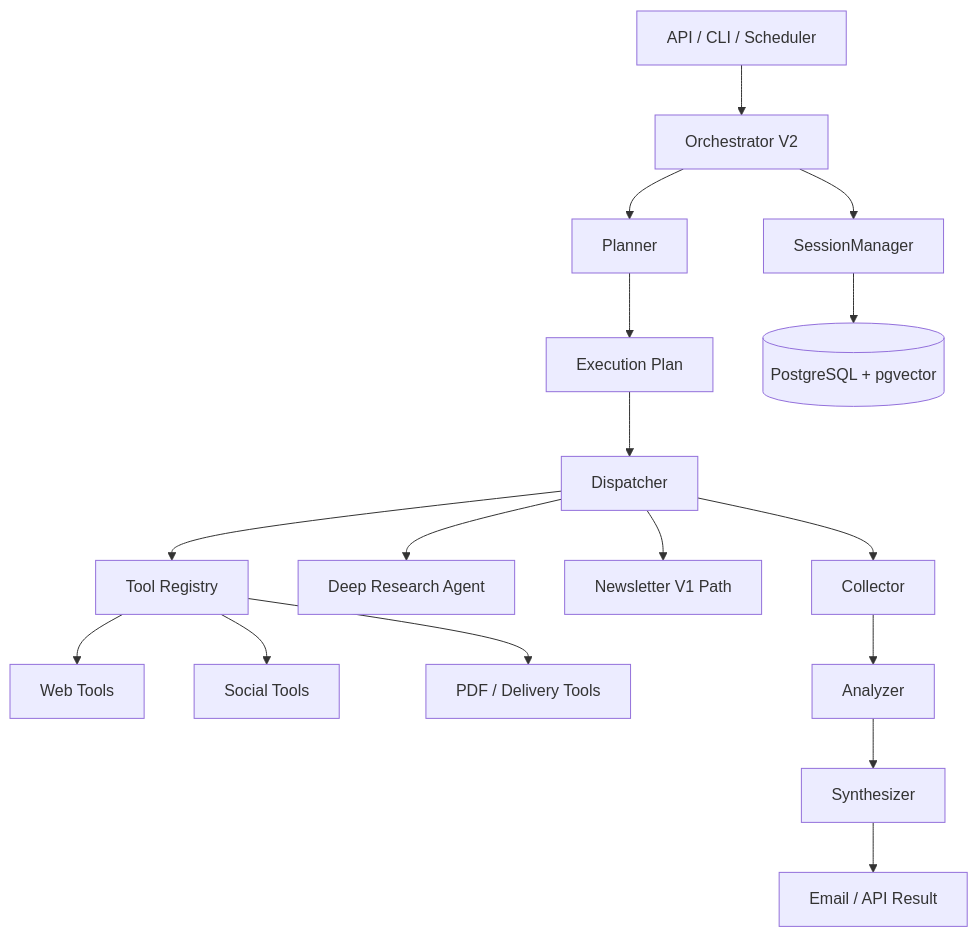
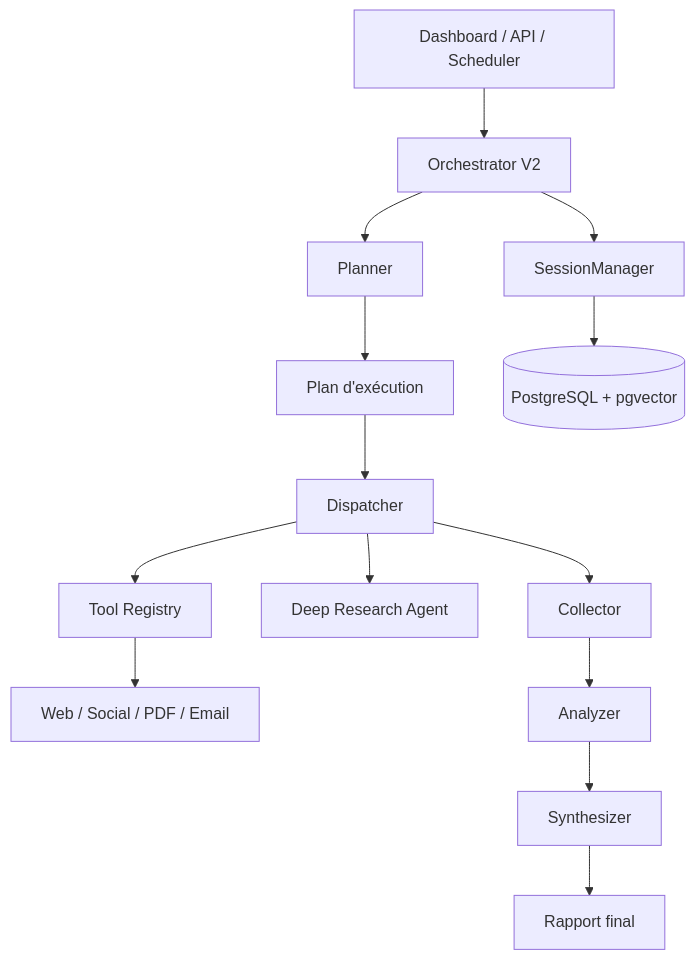
The diagram in README.md (EngineerProjects/tech-watch-agent), drawn with Mermaid before and after one commit. The commit also changed other lines of this file and 60 other files, not shown here.

````diff
--- a/README.md
+++ b/README.md
@@ -59,19 +90,16 @@
 ```mermaid
 flowchart TD
-    A[API / CLI / Scheduler] --> B[Orchestrator V2]
+    A[Dashboard / API / Scheduler] --> B[Orchestrator V2]
     B --> C[Planner]
-    C --> D[Execution Plan]
+    C --> D[Plan d'exécution]
     D --> E[Dispatcher]
     E --> F[Tool Registry]
     E --> G[Deep Research Agent]
-    E --> H[Newsletter V1 Path]
-    F --> I[Web Tools]
-    F --> J[Social Tools]
-    F --> K[PDF / Delivery Tools]
-    E --> L[Collector]
-    L --> M[Analyzer]
-    M --> N[Synthesizer]
-    N --> O[Email / API Result]
-    B --> P[SessionManager]
-    P --> Q[(PostgreSQL + pgvector)]
+    F --> H[Web / Social / PDF / Email]
+    E --> I[Collector]
+    I --> J[Analyzer]
+    J --> K[Synthesizer]
+    K --> L[Rapport final]
+    B --> M[SessionManager]
+    M --> N[(PostgreSQL + pgvector)]
 ```
````
